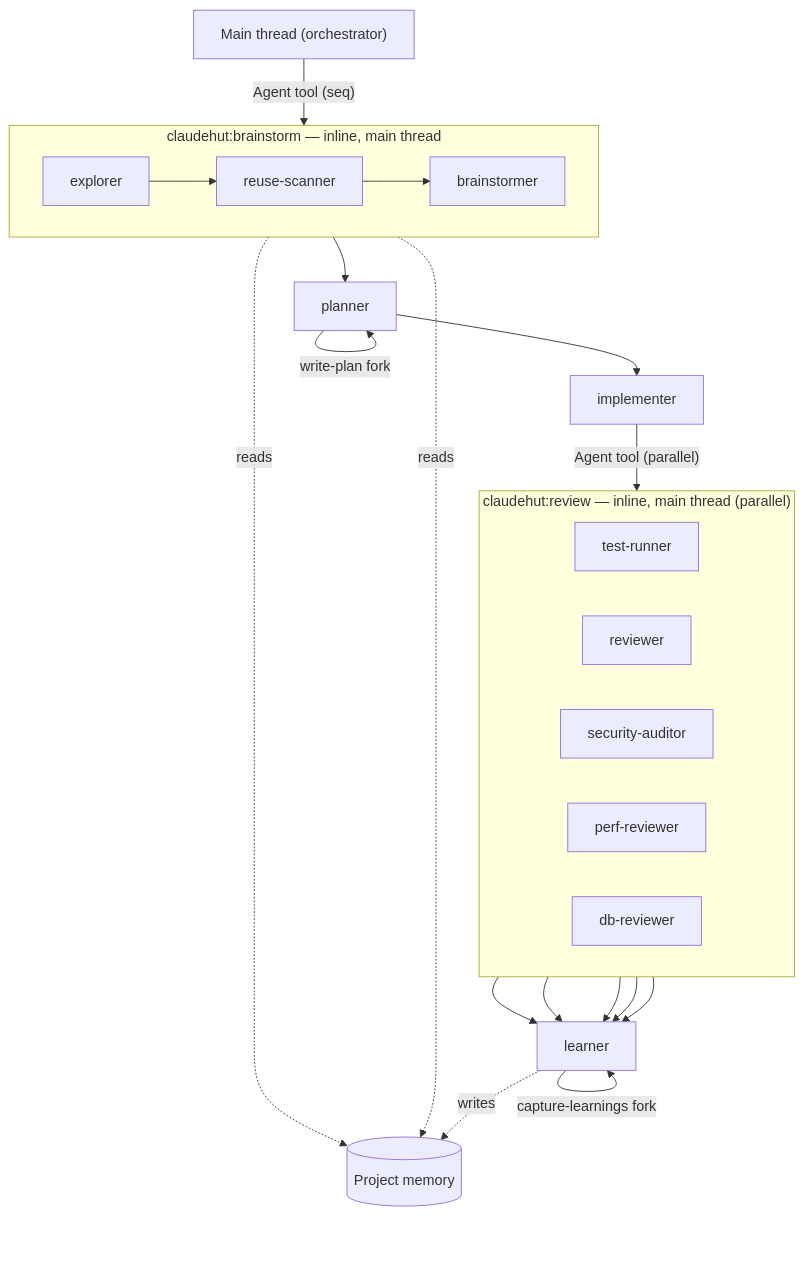
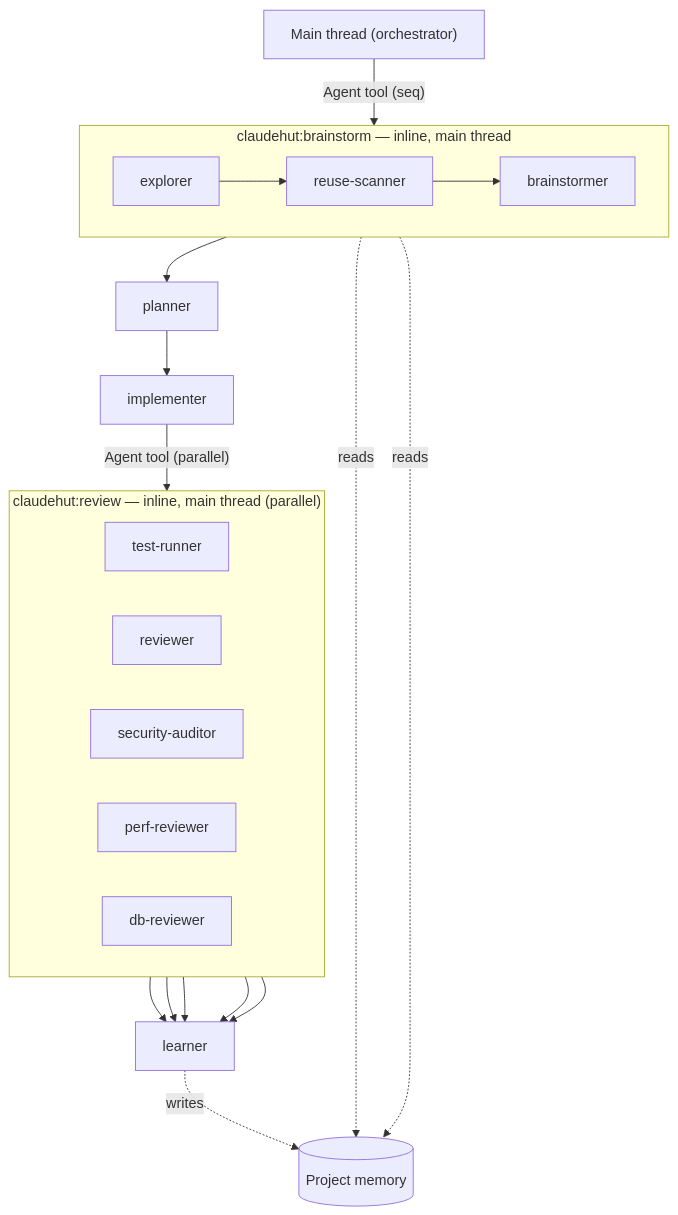
Before and after one commit to taipt1504/claudehut: the diagram in .claude/docs/design/03-agents.md, drawn with Mermaid. The commit also changed other lines of this file and 30 other files, not shown here.

````diff
--- a/.claude/docs/design/03-agents.md
+++ b/.claude/docs/design/03-agents.md
@@ -200,33 +199,31 @@
 ```mermaid
 flowchart TB
     ORCH["Main thread (orchestrator)"]
 
     subgraph BRAINSTORM["claudehut:brainstorm — inline, main thread"]
         direction LR
         EX[explorer] --> RS[reuse-scanner] --> BR[brainstormer]
     end
 
     subgraph REVIEW["claudehut:review — inline, main thread (parallel)"]
         direction LR
         TR[test-runner]
         RV[reviewer]
         SEC[security-auditor]
         PERF[perf-reviewer]
         DB[db-reviewer]
     end
 
     ORCH -->|"Agent tool (seq)"| BRAINSTORM
     BR --> PL[planner]
-    PL -->|"write-plan fork"| PL
     PL --> IM[implementer]
     IM -->|"Agent tool (parallel)"| REVIEW
     TR --> LN[learner]
     RV --> LN
     SEC --> LN
     PERF --> LN
     DB --> LN
-    LN -->|"capture-learnings fork"| LN
     LN -.writes.-> MEM[(Project memory)]
     EX -.reads.-> MEM
     RS -.reads.-> MEM
 ```
````
